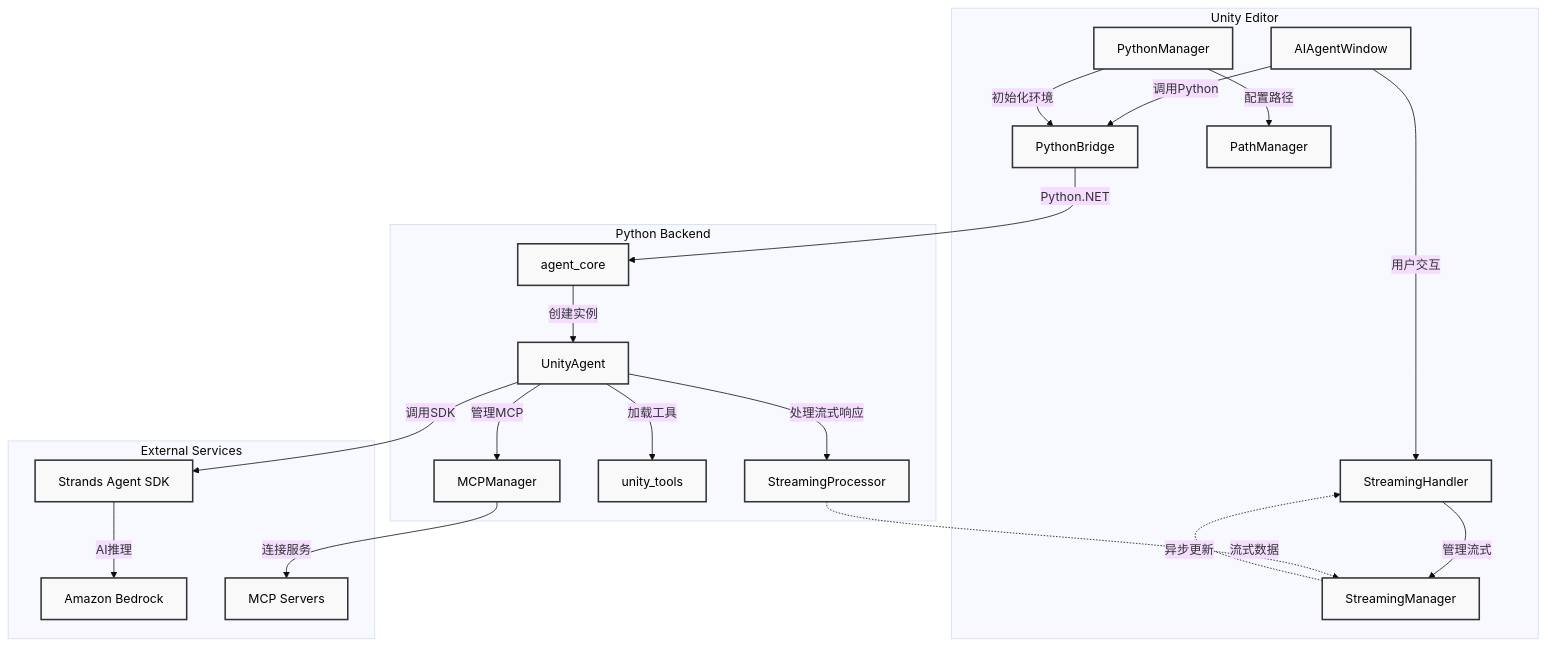
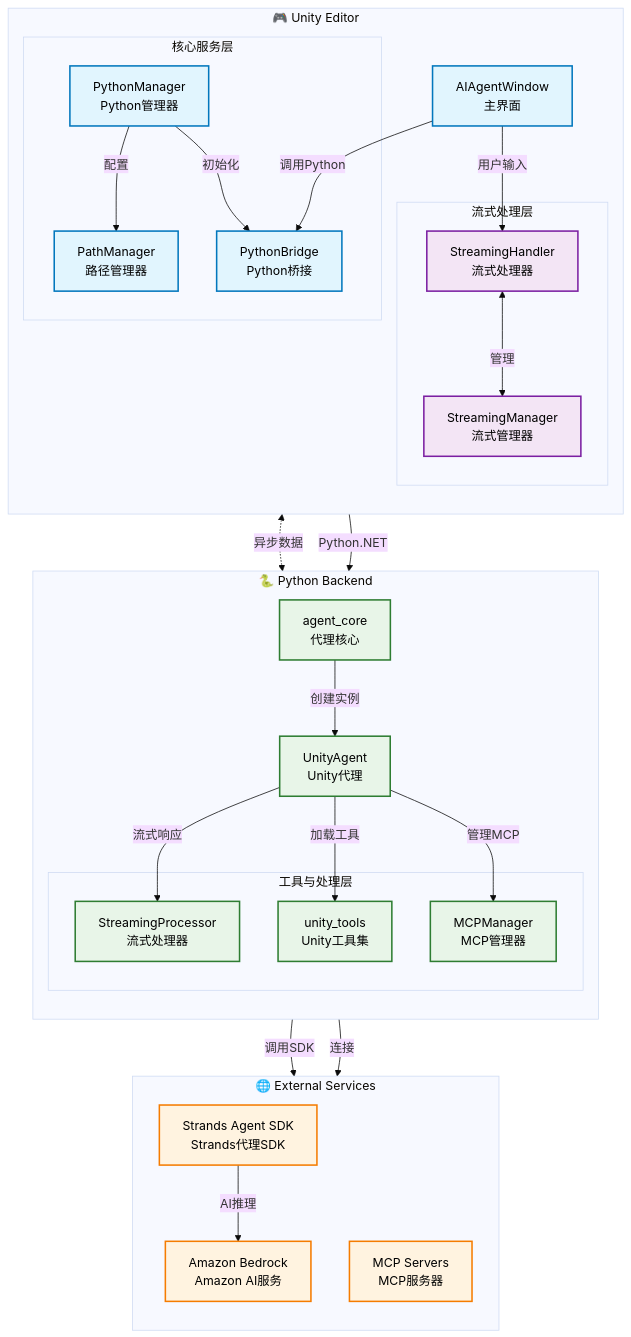
Before and after one commit to ddpie/unity-strands-agent: the first of 2 diagrams in README.md, drawn with Mermaid (base theme). The commit also changed other lines of this file, not shown here.

Commit message:
reorganize system architecture diagram for better readability
- Add emoji icons to distinguish different service layers
- Group components into logical layers (Streaming, Core Services, Tools & Processing)
- Add component descriptions with line breaks for clarity
- Implement color-coded styling for different component types
- Organize data flows with clear comments and grouping
- Improve visual hierarchy with nested subgraphs
- Maintain consistency between Chinese and English versions
- Enhance overall diagram aesthetics and comprehension

````diff
--- a/README.md
+++ b/README.md
@@ -15,44 +15,72 @@
 ```mermaid
 graph TB
-    subgraph Unity[Unity Editor]
-        UI[AIAgentWindow]
-        SH[StreamingHandler]
-        SM[StreamingManager]
-        PB[PythonBridge]
-        PM[PythonManager]
-        PATH[PathManager]
+    subgraph Unity["🎮 Unity Editor"]
+        direction TB
+        UI[AIAgentWindow<br/>主界面]
+        
+        subgraph Streaming["流式处理层"]
+            SH[StreamingHandler<br/>流式处理器]
+            SM[StreamingManager<br/>流式管理器]
+        end
+        
+        subgraph Core["核心服务层"]
+            PB[PythonBridge<br/>Python桥接]
+            PM[PythonManager<br/>Python管理器]
+            PATH[PathManager<br/>路径管理器]
+        end
     end
     
-    subgraph Python[Python Backend]
-        AC[agent_core]
-        UA[UnityAgent]
-        SP[StreamingProcessor]
-        UT[unity_tools]
-        MM[MCPManager]
+    subgraph Python["🐍 Python Backend"]
+        direction TB
+        AC[agent_core<br/>代理核心]
+        UA[UnityAgent<br/>Unity代理]
+        
+        subgraph Tools["工具与处理层"]
+            SP[StreamingProcessor<br/>流式处理器]
+            UT[unity_tools<br/>Unity工具集]
+            MM[MCPManager<br/>MCP管理器]
+        end
     end
     
-    subgraph External[External Services]
-        SDK[Strands Agent SDK]
-        AWS[Amazon Bedrock]
-        MCP[MCP Servers]
+    subgraph External["🌐 External Services"]
+        direction TB
+        SDK[Strands Agent SDK<br/>Strands代理SDK]
+        AWS[Amazon Bedrock<br/>Amazon AI服务]
+        MCP[MCP Servers<br/>MCP服务器]
     end
     
-    UI -->|用户交互| SH
+    %% 用户交互流
+    UI -->|用户输入| SH
     UI -->|调用Python| PB
-    SH -->|管理流式| SM
-    PM -->|初始化环境| PB
-    PM -->|配置路径| PATH
+    
+    %% 流式处理流
+    SH <-->|管理| SM
+    SM <-.->|异步数据| SP
+    
+    %% 核心服务流
+    PM -->|初始化| PB
+    PM -->|配置| PATH
     PB -->|Python.NET| AC
+    
+    %% Python内部流
     AC -->|创建实例| UA
-    UA -->|处理流式响应| SP
+    UA -->|流式响应| SP
     UA -->|加载工具| UT
     UA -->|管理MCP| MM
+    
+    %% 外部服务流
     UA -->|调用SDK| SDK
     SDK -->|AI推理| AWS
-    MM -->|连接服务| MCP
-    SP -.->|流式数据| SM
-    SM -.->|异步更新| SH
+    MM -->|连接| MCP
     
-    classDef default fill:#f9f9f9,stroke:#333,stroke-width:2px,color:#000
-    classDef external fill:#fff,stroke:#666,stroke-width:2px,color:#000
+    %% 样式定义
+    classDef unityStyle fill:#e1f5fe,stroke:#0277bd,stroke-width:2px,color:#000
+    classDef pythonStyle fill:#e8f5e8,stroke:#2e7d32,stroke-width:2px,color:#000
+    classDef externalStyle fill:#fff3e0,stroke:#f57c00,stroke-width:2px,color:#000
+    classDef streamStyle fill:#f3e5f5,stroke:#7b1fa2,stroke-width:2px,color:#000
+    
+    class UI,PB,PM,PATH unityStyle
+    class SH,SM streamStyle
+    class AC,UA,SP,UT,MM pythonStyle
+    class SDK,AWS,MCP externalStyle
 ```
````
